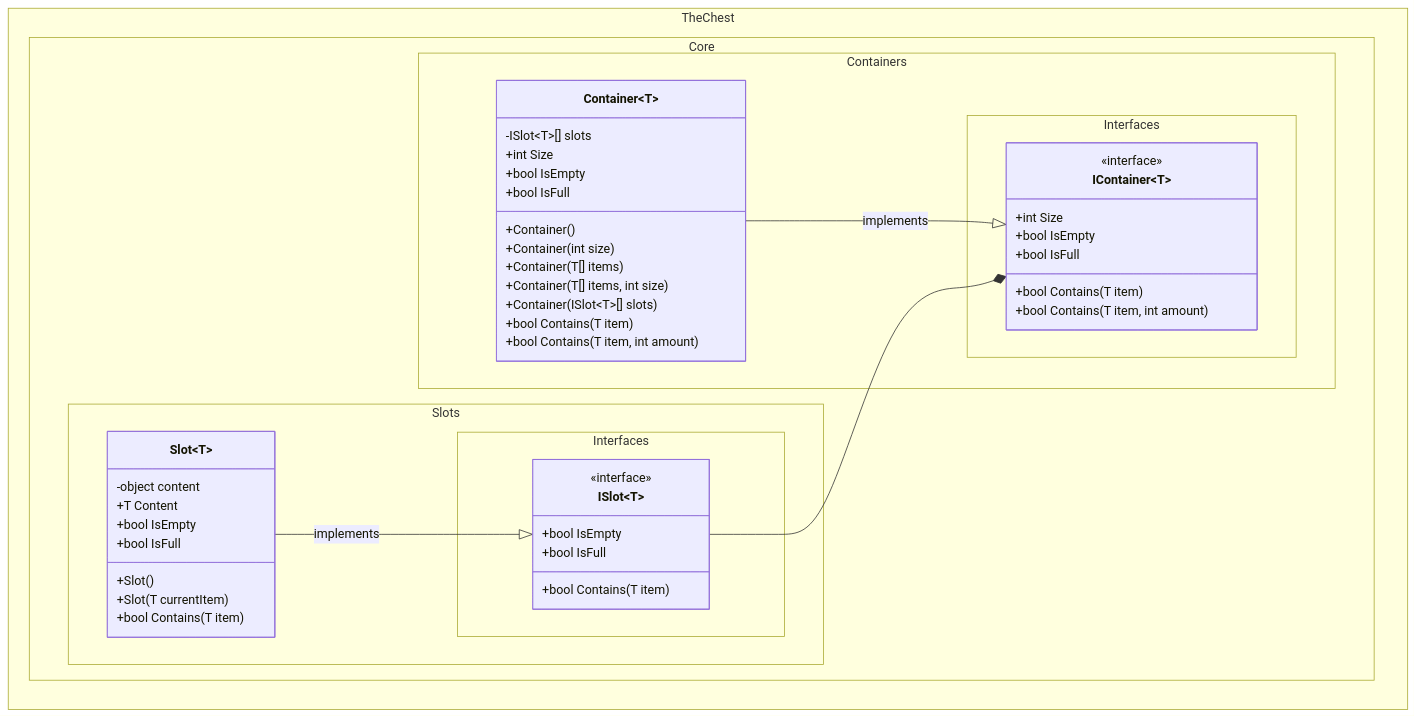
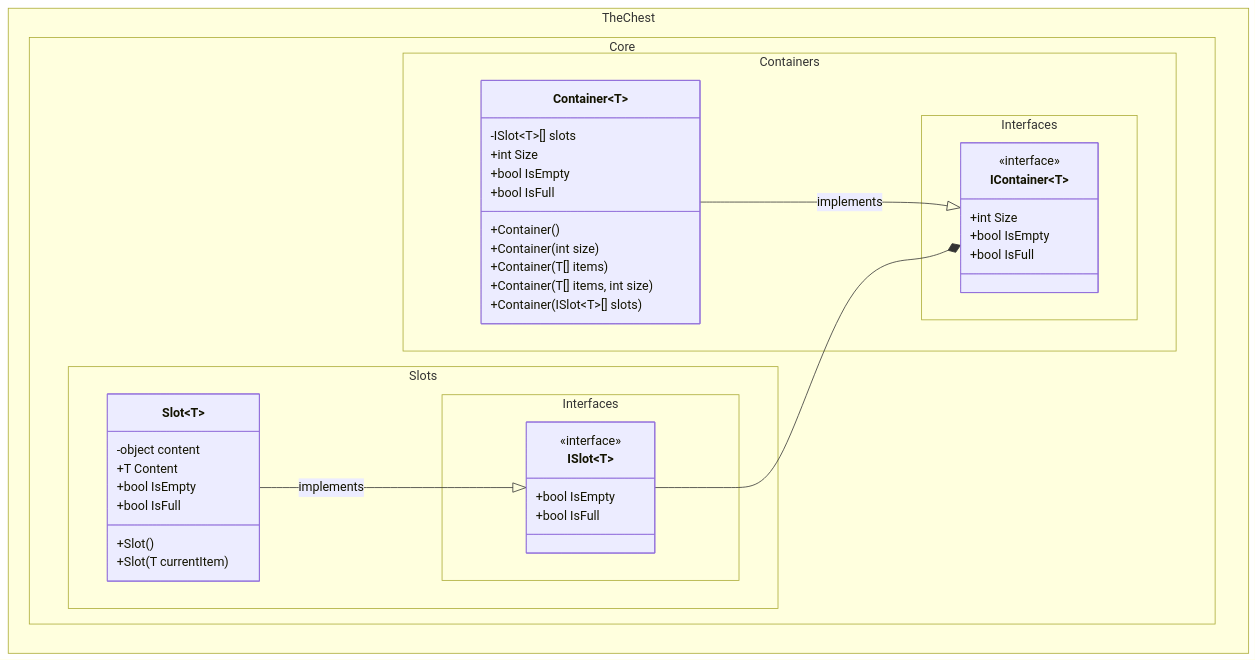
Before and after one commit to The-Chest/TheChest.Core: the first of 3 diagrams in docs/class_diagram.md, drawn with Mermaid. The commit also changed other lines of this file and 25 other files, not shown here.

````diff
--- a/docs/class_diagram.md
+++ b/docs/class_diagram.md
@@ -9,66 +9,60 @@
 ```mermaid
 ---
 config:
   theme: mc
   look: classic
   class:
     hideEmptyMembersBox: true
 ---
 classDiagram
 direction BT
 	namespace TheChest.Core.Containers.Interfaces {
         class IContainer~T~ {
 	        +int Size
 	        +bool IsEmpty
 	        +bool IsFull
-	        +bool Contains(T item)
-			+bool Contains(T item, int amount)
         }
 	}
 	namespace TheChest.Core.Slots.Interfaces {
         class ISlot~T~ {
 	        +bool IsEmpty
 	        +bool IsFull
-	        +bool Contains(T item)
         }
 	}
 	namespace TheChest.Core.Containers {
         class Container~T~ {
 			-ISlot~T~[] slots
 
 	        +int Size
 	        +bool IsEmpty
 	        +bool IsFull
 
 			+Container()
 			+Container(int size)
 			+Container(T[] items)
 			+Container(T[] items, int size)
 			+Container(ISlot~T~[] slots)
 
-	        +bool Contains(T item)
-			+bool Contains(T item, int amount)
         }
 	}
 	namespace TheChest.Core.Slots {
         class Slot~T~ {
 			-object content
 			+T Content
 
 			+Slot()
 			+Slot(T currentItem)
 
 			+bool IsEmpty
 			+bool IsFull
 
-			+bool Contains(T item)
         }
 	}
 
 	<<interface>> IContainer
 	<<interface>> ISlot
 
     Container --|> IContainer : implements
     ISlot --* IContainer
     Slot --|> ISlot : implements
 ```
````
